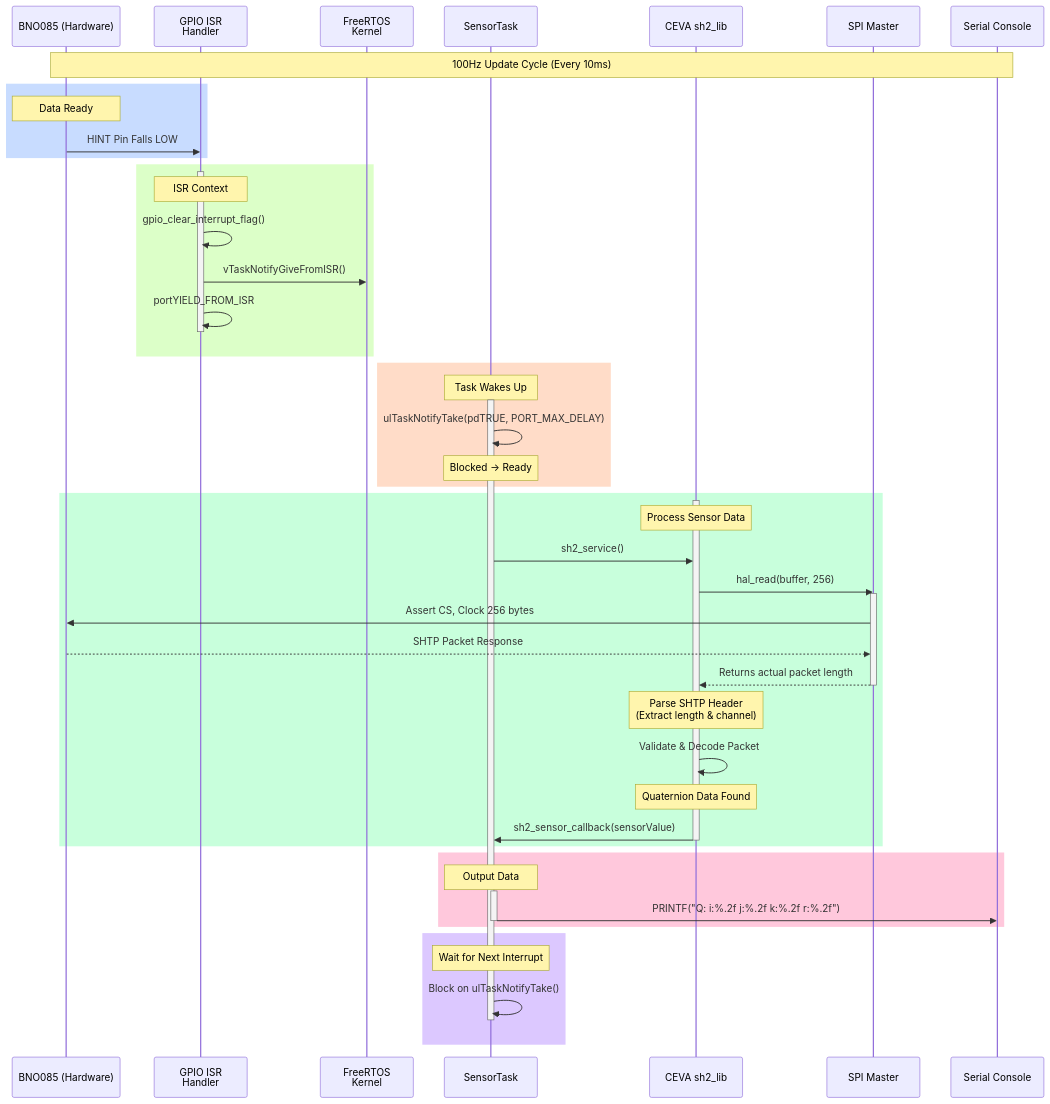
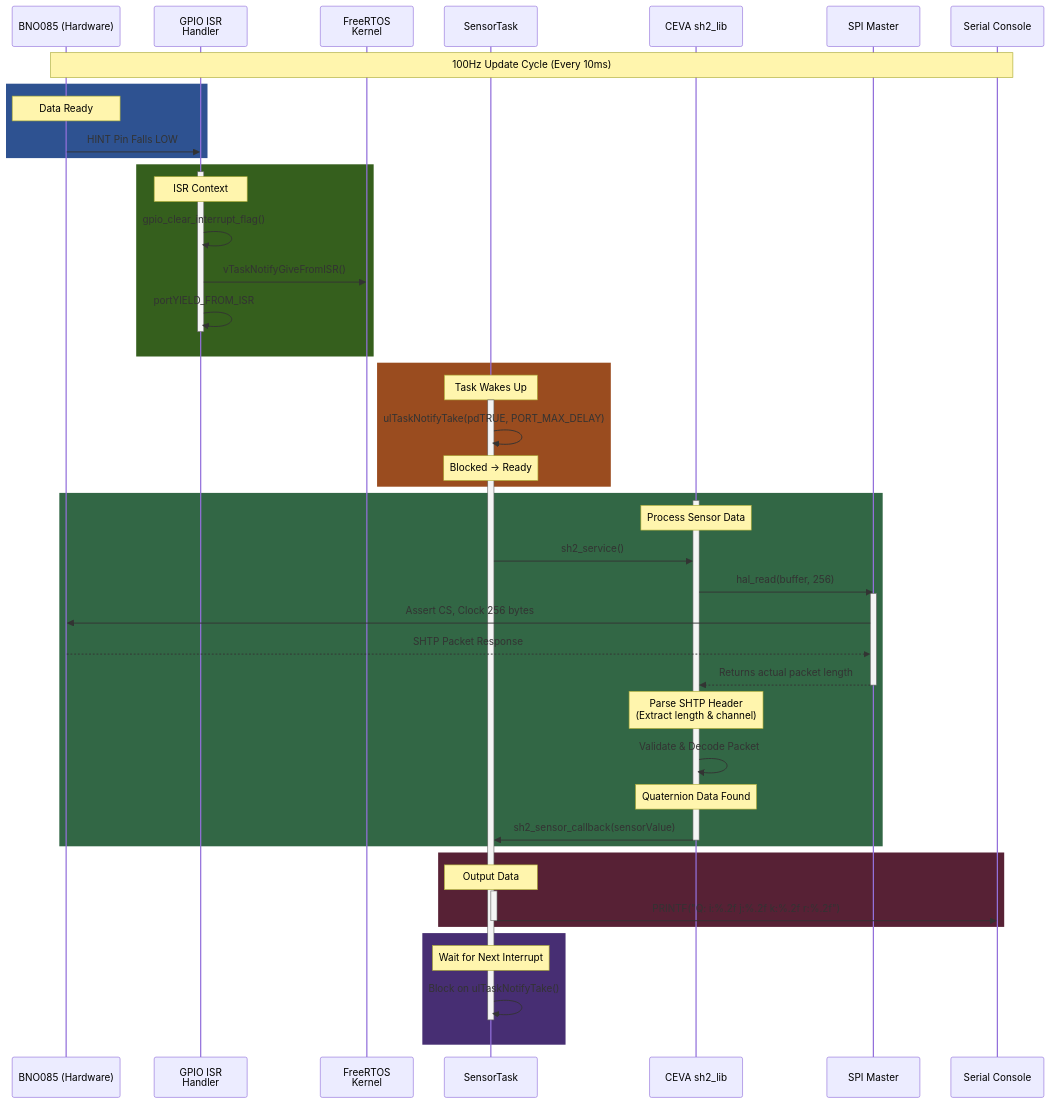
One commit to ivansigala/drone changed the third of 4 diagrams in README.md. Above: the diagram before and after it, drawn with Mermaid. The commit also changed other lines of this file, not shown here.

````diff
--- a/README.md
+++ b/README.md
@@ -113,66 +113,66 @@
 ```mermaid
 sequenceDiagram
     participant BNO as BNO085 (Hardware)
     participant ISR as GPIO ISR<br/>Handler
     participant Kernel as FreeRTOS<br/>Kernel
     participant Task as SensorTask
     participant CEVA as CEVA sh2_lib
     participant SPI as SPI Master
     participant Console as Serial Console
 
     Note over BNO, Console: 100Hz Update Cycle (Every 10ms)
     
-    rect rgb(200, 220, 255)
+    rect rgb(46, 82, 145)
     Note over BNO: Data Ready
     BNO->>ISR: HINT Pin Falls LOW
     end
     
-    rect rgb(220, 255, 200)
+    rect rgb(53, 95, 29)
     activate ISR
     Note over ISR: ISR Context
     ISR->>ISR: gpio_clear_interrupt_flag()
     ISR->>Kernel: vTaskNotifyGiveFromISR()
     ISR->>ISR: portYIELD_FROM_ISR
     deactivate ISR
     end
     
-    rect rgb(255, 220, 200)
+    rect rgb(154, 76, 31)
     Note over Task: Task Wakes Up
     activate Task
     Task->>Task: ulTaskNotifyTake(pdTRUE, PORT_MAX_DELAY)
     Note over Task: Blocked → Ready
     end
     
-    rect rgb(200, 255, 220)
+    rect rgb(50, 103, 69)
     activate CEVA
     Note over CEVA: Process Sensor Data
     Task->>CEVA: sh2_service()
     
     CEVA->>SPI: hal_read(buffer, 256)
     activate SPI
     SPI->>BNO: Assert CS, Clock 256 bytes
     BNO-->>SPI: SHTP Packet Response
     SPI-->>CEVA: Returns actual packet length
     deactivate SPI
     
     Note over CEVA: Parse SHTP Header<br/>(Extract length & channel)
     CEVA->>CEVA: Validate & Decode Packet
     
     Note over CEVA: Quaternion Data Found
     CEVA->>Task: sh2_sensor_callback(sensorValue)
     deactivate CEVA
     end
     
-    rect rgb(255, 200, 220)
+    rect rgb(87, 33, 53)
     Note over Task: Output Data
     activate Task
     Task->>Console: PRINTF("Q: i:%.2f j:%.2f k:%.2f r:%.2f")
     deactivate Task
     end
     
-    rect rgb(220, 200, 255)
+    rect rgb(71, 46, 115)
     Note over Task: Wait for Next Interrupt
     Task->>Task: Block on ulTaskNotifyTake()
     deactivate Task
     end
 ```
````
